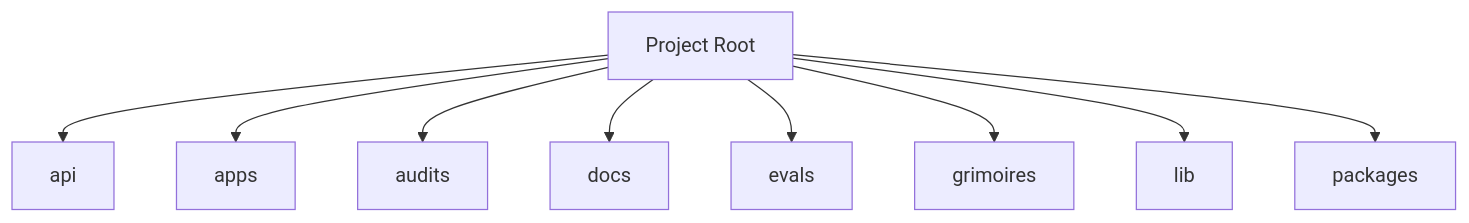
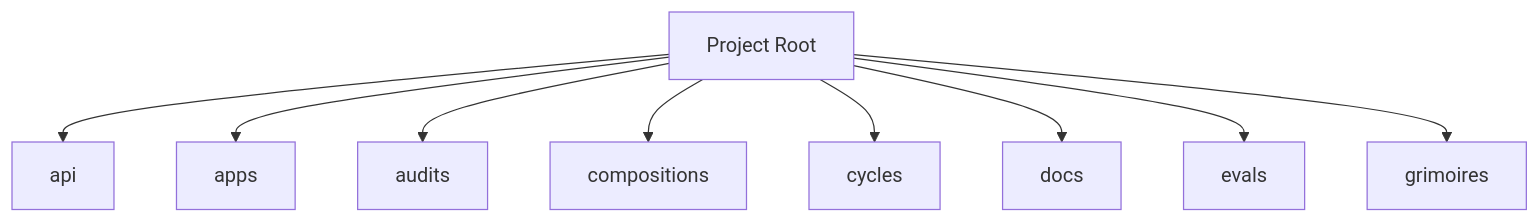
One commit to 0xHoneyJar/loa-constructs changed the diagram in BUTTERFREEZONE.md. Above: the diagram before and after it, drawn with Mermaid. The commit also changed other lines of this file and 11 other files, not shown here.

````diff
--- a/BUTTERFREEZONE.md
+++ b/BUTTERFREEZONE.md
@@ -59,20 +59,20 @@
 ```mermaid
 graph TD
     api[api]
     apps[apps]
     audits[audits]
+    compositions[compositions]
+    cycles[cycles]
     docs[docs]
     evals[evals]
     grimoires[grimoires]
-    lib[lib]
-    packages[packages]
     Root[Project Root]
     Root --> api
     Root --> apps
     Root --> audits
+    Root --> compositions
+    Root --> cycles
     Root --> docs
     Root --> evals
     Root --> grimoires
-    Root --> lib
-    Root --> packages
 ```
````
